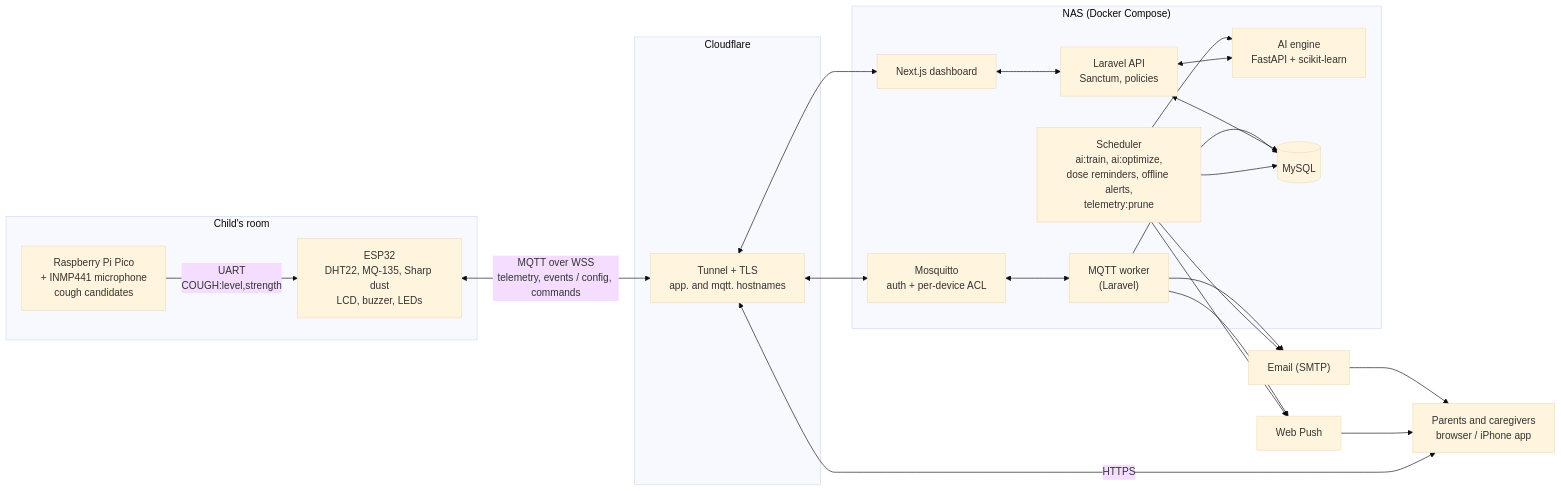
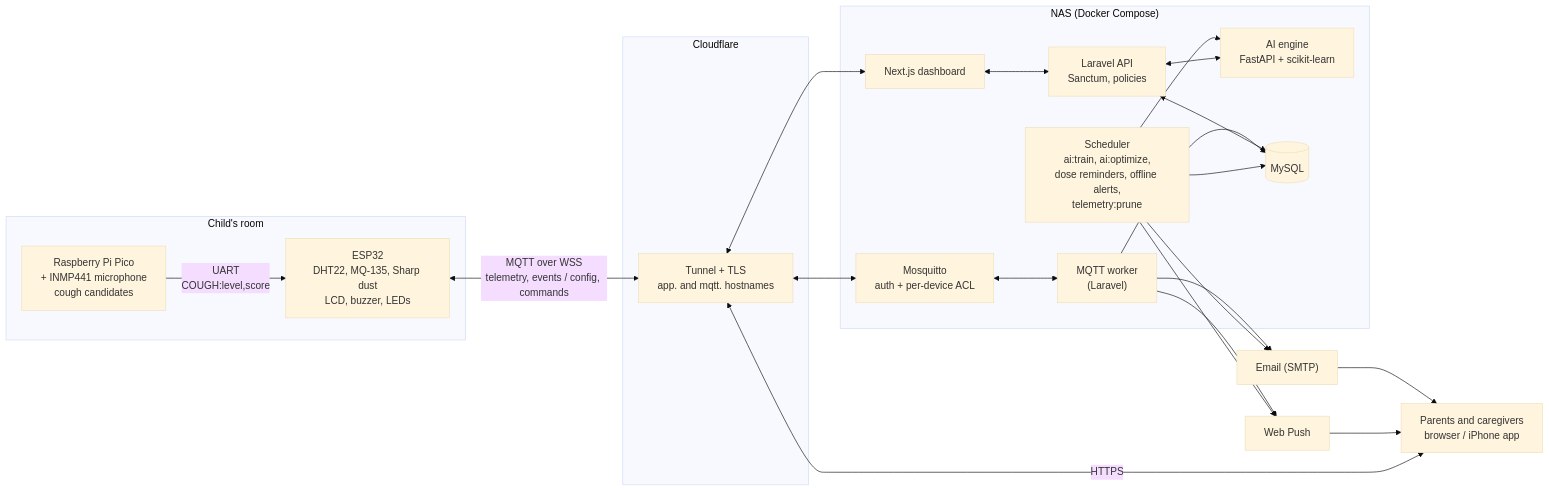
One commit to anake-an/asthma-monitoring-system changed the first of 7 diagrams in docs/DIAGRAMS.md. Above: the diagram before and after it, drawn with Mermaid (base theme). The commit also changed other lines of this file and 1327 other files, not shown here.

````diff
--- a/docs/DIAGRAMS.md
+++ b/docs/DIAGRAMS.md
@@ -9,44 +9,44 @@
 ```mermaid
 flowchart LR
     subgraph Room["Child's room"]
         PICO["Raspberry Pi Pico<br/>+ INMP441 microphone<br/>cough candidates"]
         ESP["ESP32<br/>DHT22, MQ-135, Sharp dust<br/>LCD, buzzer, LEDs"]
-        PICO -- "UART<br/>COUGH:level,strength" --> ESP
+        PICO -- "UART<br/>COUGH:level,score" --> ESP
     end
 
     subgraph Cloud["Cloudflare"]
         CF["Tunnel + TLS<br/>app. and mqtt. hostnames"]
     end
 
     subgraph NAS["NAS (Docker Compose)"]
         MQ["Mosquitto<br/>auth + per-device ACL"]
         WORKER["MQTT worker<br/>(Laravel)"]
         API["Laravel API<br/>Sanctum, policies"]
         SCHED["Scheduler<br/>ai:train, ai:optimize,<br/>dose reminders, offline alerts,<br/>telemetry:prune"]
         AI["AI engine<br/>FastAPI + scikit-learn"]
         DB[("MySQL")]
         WEB["Next.js dashboard"]
     end
 
     USERS["Parents and caregivers<br/>browser / iPhone app"]
     MAIL["Email (SMTP)"]
     PUSH["Web Push"]
 
     ESP <-- "MQTT over WSS<br/>telemetry, events / config, commands" --> CF
     CF <--> MQ
     MQ <--> WORKER
     WORKER --> DB
     API <--> DB
     SCHED --> AI
     SCHED --> DB
     API <--> AI
     WEB <--> API
     USERS <-- "HTTPS" --> CF
     CF <--> WEB
     WORKER --> MAIL
     WORKER --> PUSH
     SCHED --> MAIL
     SCHED --> PUSH
     MAIL --> USERS
     PUSH --> USERS
 ```
````
